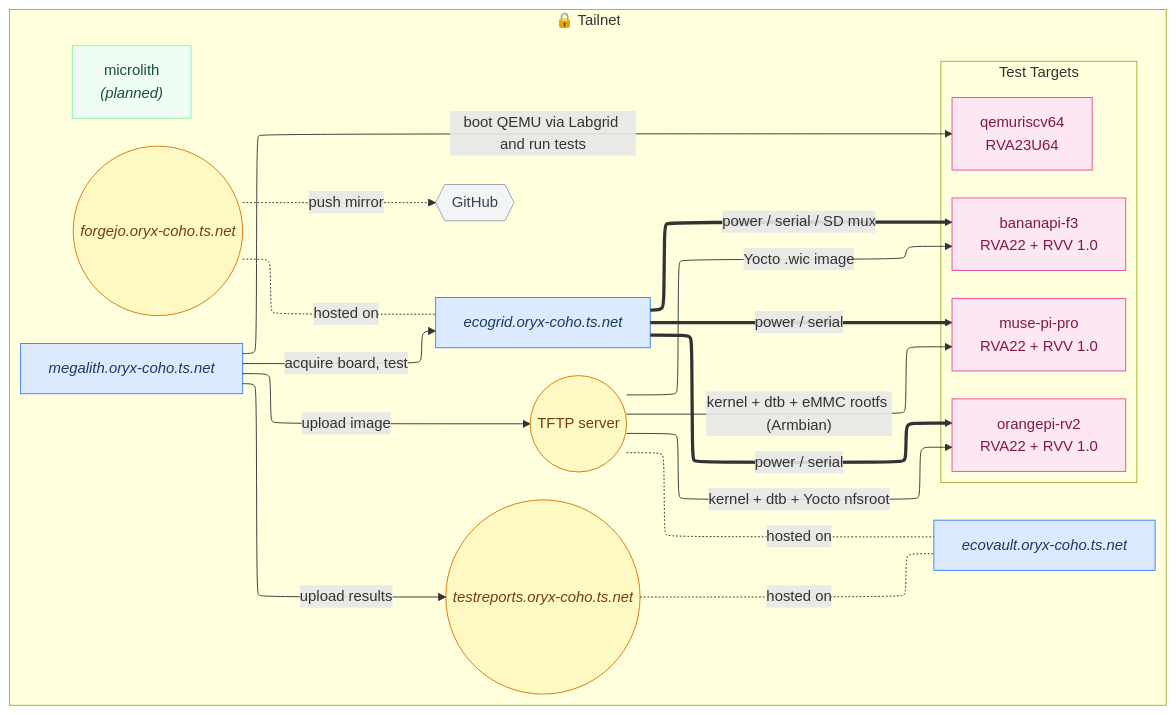
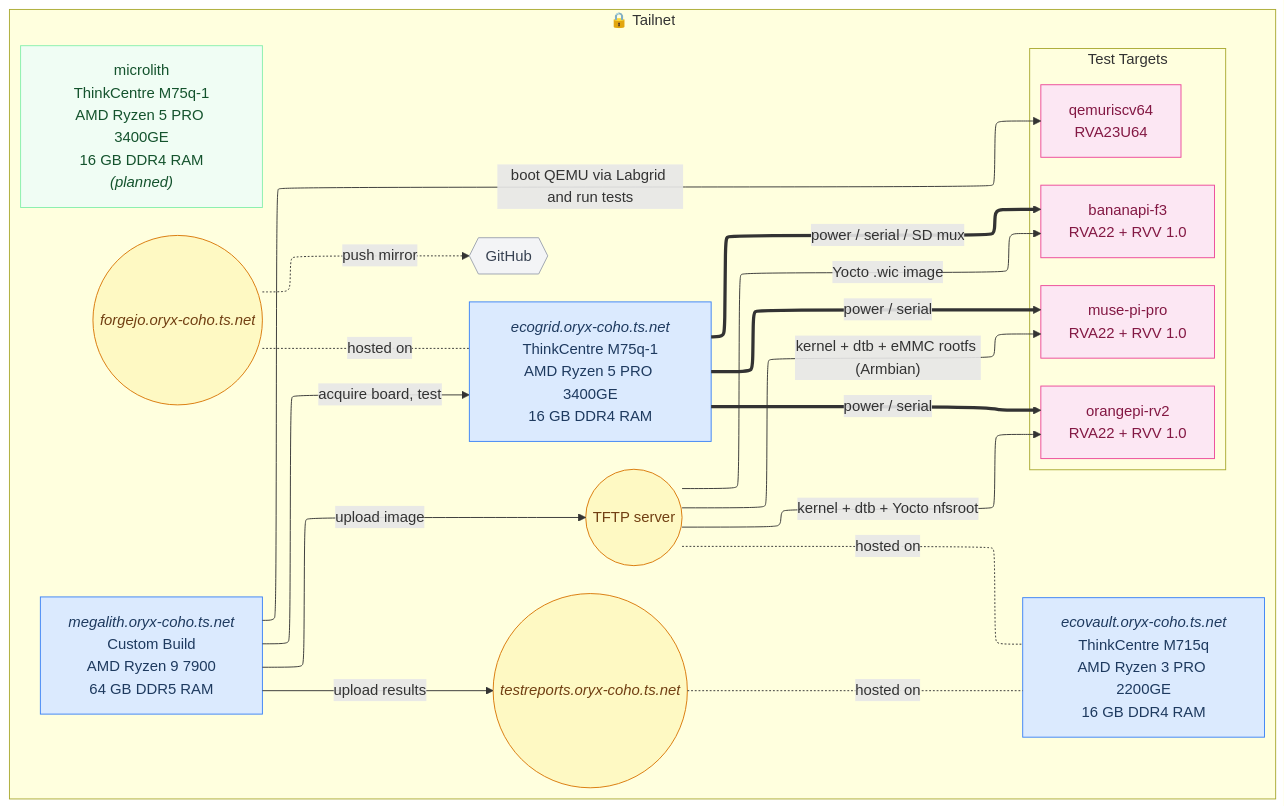
Before and after one commit to threexc/boardgarden: the diagram in docs/network.mmd, drawn with Mermaid. The commit also changed 3 other files, not shown here.

```diff
--- a/docs/network.mmd
+++ b/docs/network.mmd
@@ -1,48 +1,48 @@
 %%{init: {"theme": "default", "flowchart": {"htmlLabels": true, "nodeSpacing": 30, "rankSpacing": 60, "defaultRenderer": "elk"}, "themeVariables": {"fontSize": "16px"}} }%%flowchart LR
   subgraph tailnet["🔒 Tailnet"]
-    ecogrid["<i>ecogrid.oryx-coho.ts.net</i>"]
-    ecovault["<i>ecovault.oryx-coho.ts.net</i>"]
-    runner1["<i>megalith.oryx-coho.ts.net</i>"]
-    runner2["microlith<br/><i>(planned)</i>"]
+    ecogrid["<i>ecogrid.oryx-coho.ts.net</i><br/>ThinkCentre M75q-1<br/>AMD Ryzen 5 PRO 3400GE<br/>16 GB DDR4 RAM"]
+    ecovault["<i>ecovault.oryx-coho.ts.net</i><br/>ThinkCentre M715q<br/>AMD Ryzen 3 PRO 2200GE<br/>16 GB DDR4 RAM"]
+    runner1["<i>megalith.oryx-coho.ts.net</i><br/>Custom Build<br/>AMD Ryzen 9 7900<br/>64 GB DDR5 RAM"]
+    runner2["microlith<br/>ThinkCentre M75q-1<br/>AMD Ryzen 5 PRO 3400GE<br/>16 GB DDR4 RAM<br/><i>(planned)</i>"]
     github{{"GitHub"}}
     svc_forgejo(("<i>forgejo.oryx-coho.ts.net</i>"))
     svc_tftp(("TFTP server"))
     svc_reports(("<i>testreports.oryx-coho.ts.net</i>"))
     subgraph boards["Test Targets"]
       direction TB
       board_1["bananapi-f3<br/>RVA22 + RVV 1.0"]
       board_2["muse-pi-pro<br/>RVA22 + RVV 1.0"]
       board_3["orangepi-rv2<br/>RVA22 + RVV 1.0"]
       board_4["qemuriscv64<br/>RVA23U64"]
     end
   end
 
   %% ── Hosted-on relationships ──
   svc_forgejo -.-|hosted on| ecogrid
   svc_tftp -.-|hosted on| ecovault
   svc_reports -.-|hosted on| ecovault
 
   %% ── Links ──
   ecogrid ==>|"power / serial / SD mux"| board_1
   ecogrid ==>|"power / serial"| board_2
   ecogrid ==>|"power / serial"| board_3
   svc_forgejo -..->|"push mirror"| github
   runner1 -->|"acquire board, test"| ecogrid
   runner1 -->|"upload image"| svc_tftp
   runner1 -->|"upload results"| svc_reports
   runner1 -->|"boot QEMU via Labgrid and run tests"| board_4
   svc_tftp -->|"Yocto .wic image"| board_1
   svc_tftp -->|"kernel + dtb + eMMC rootfs (Armbian)"| board_2
   svc_tftp -->|"kernel + dtb + Yocto nfsroot"| board_3
 
   %% ── Styles ──
   classDef machine fill:#dbeafe,stroke:#3b82f6,color:#1e3a5f
   class ecogrid,ecovault,runner1 machine
   classDef planned fill:#f0fdf4,stroke:#86efac,color:#14532d
   class runner2 planned
   classDef external fill:#f3f4f6,stroke:#9ca3af,color:#374151
   class github external
   classDef service fill:#fef9c3,stroke:#d97706,color:#713f12
   class svc_forgejo,svc_tftp,svc_reports service
   classDef board fill:#fce7f3,stroke:#ec4899,color:#831843
   class board_1,board_2,board_3,board_4 board
```
